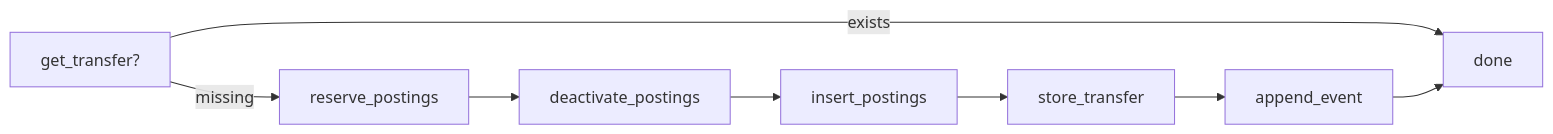
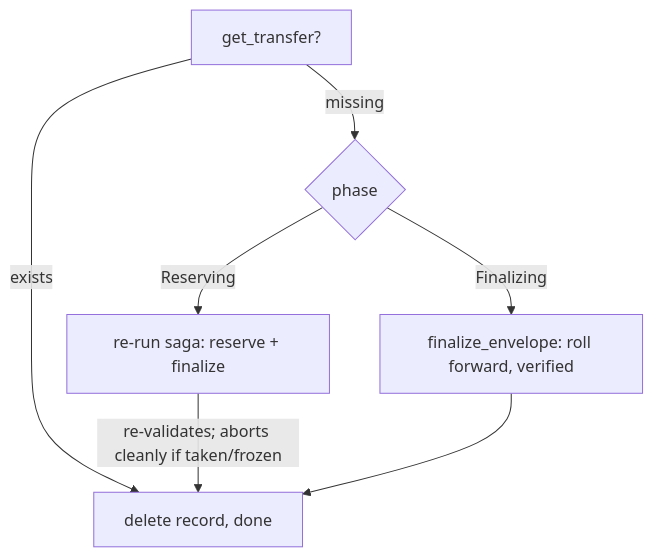
One commit to crodas/kuatia changed the fourth of 5 diagrams in doc/architecture.md. Above: the diagram before and after it, drawn with Mermaid. The commit also changed other lines of this file and 9 other files, not shown here.

````diff
--- a/doc/architecture.md
+++ b/doc/architecture.md
@@ -166,10 +150,9 @@
 ```mermaid
-graph LR
-    A[get_transfer?] -->|exists| Z[done]
-    A -->|missing| B[reserve_postings]
-    B --> C[deactivate_postings]
-    C --> D[insert_postings]
-    D --> E[store_transfer]
-    E --> F[append_event]
-    F --> Z
+graph TD
+    A[get_transfer?] -->|exists| Z[delete record, done]
+    A -->|missing| P{phase}
+    P -->|Reserving| RR[re-run saga: reserve + finalize]
+    RR -->|re-validates; aborts cleanly if taken/frozen| Z
+    P -->|Finalizing| FF[finalize_envelope: roll forward, verified]
+    FF --> Z
 ```
````
